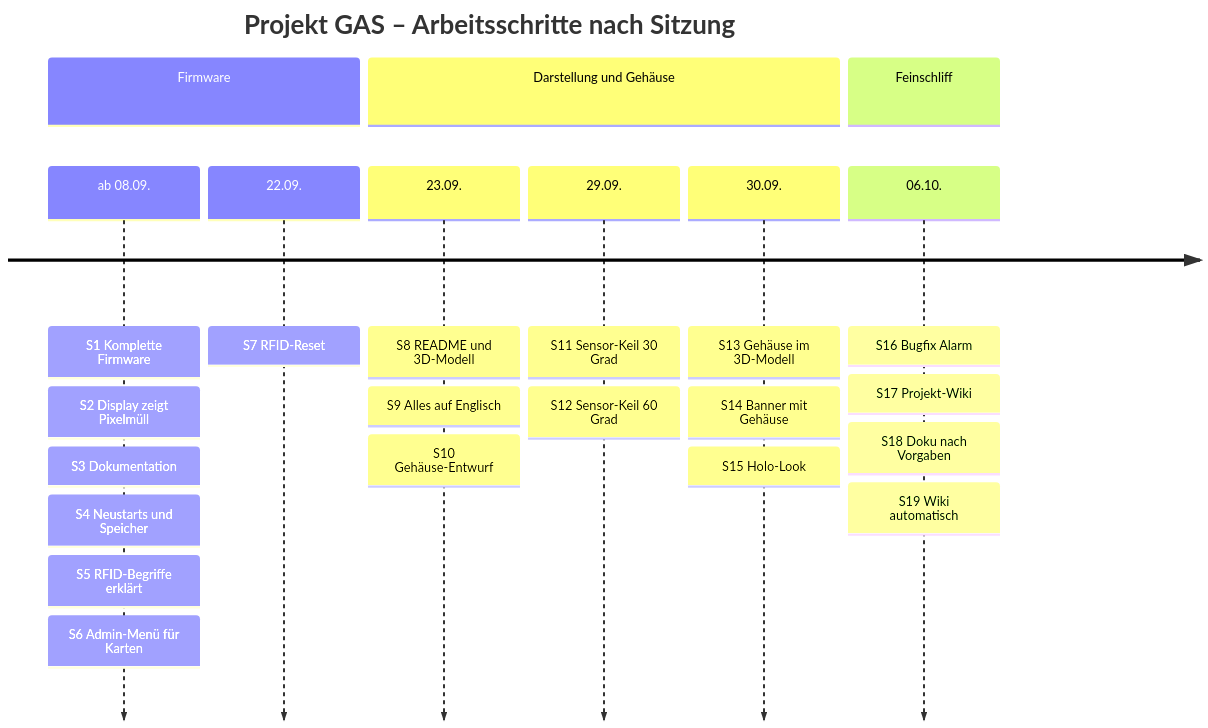
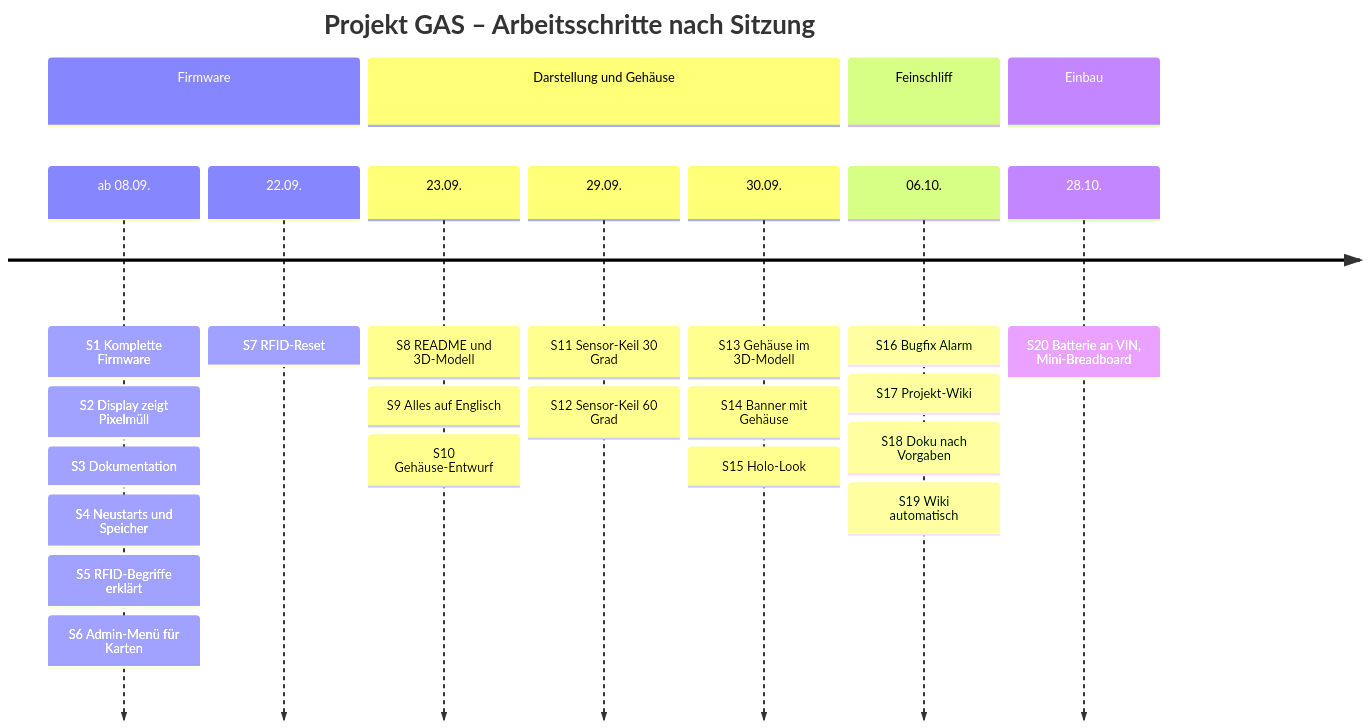
Before and after one commit to BBZ-AIFS51/LF7-Projekt_GAS: the first of 3 diagrams in wiki/Entwicklungsverlauf.md, drawn with Mermaid. The commit also changed other lines of this file and 26 other files, not shown here.

First line of the commit message:
Power the Uno from a 9 V battery on VIN, add the mini breadboard plan

````diff
--- a/wiki/Entwicklungsverlauf.md
+++ b/wiki/Entwicklungsverlauf.md
@@ -25,26 +25,28 @@
 ```mermaid
 timeline
     title Projekt GAS – Arbeitsschritte nach Sitzung
     section Firmware
         ab 08.09. : S1 Komplette Firmware
                   : S2 Display zeigt Pixelmüll
                   : S3 Dokumentation
                   : S4 Neustarts und Speicher
                   : S5 RFID-Begriffe erklärt
                   : S6 Admin-Menü für Karten
         22.09. : S7 RFID-Reset
     section Darstellung und Gehäuse
         23.09. : S8 README und 3D-Modell
                : S9 Alles auf Englisch
                : S10 Gehäuse-Entwurf
         29.09. : S11 Sensor-Keil 30 Grad
                : S12 Sensor-Keil 60 Grad
         30.09. : S13 Gehäuse im 3D-Modell
                : S14 Banner mit Gehäuse
                : S15 Holo-Look
     section Feinschliff
         06.10. : S16 Bugfix Alarm
                : S17 Projekt-Wiki
                : S18 Doku nach Vorgaben
                : S19 Wiki automatisch
+    section Einbau
+        28.10. : S20 Batterie an VIN, Mini-Breadboard
 ```
````
